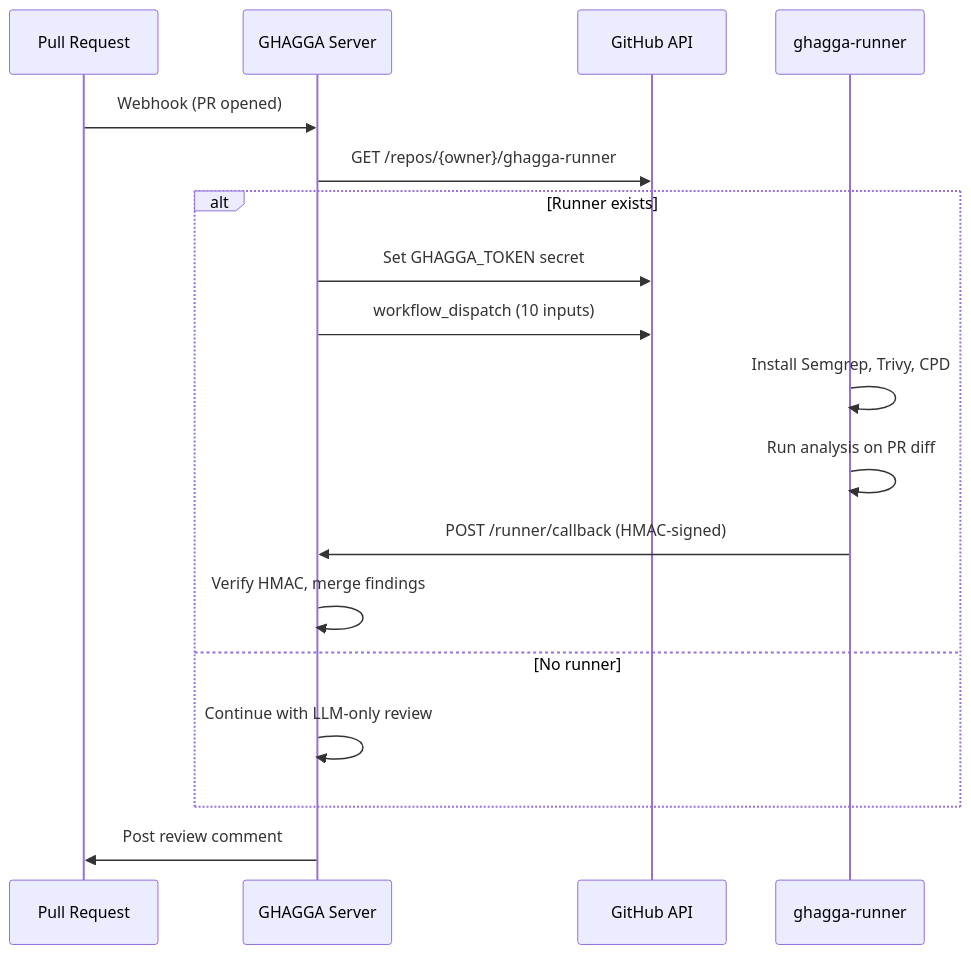
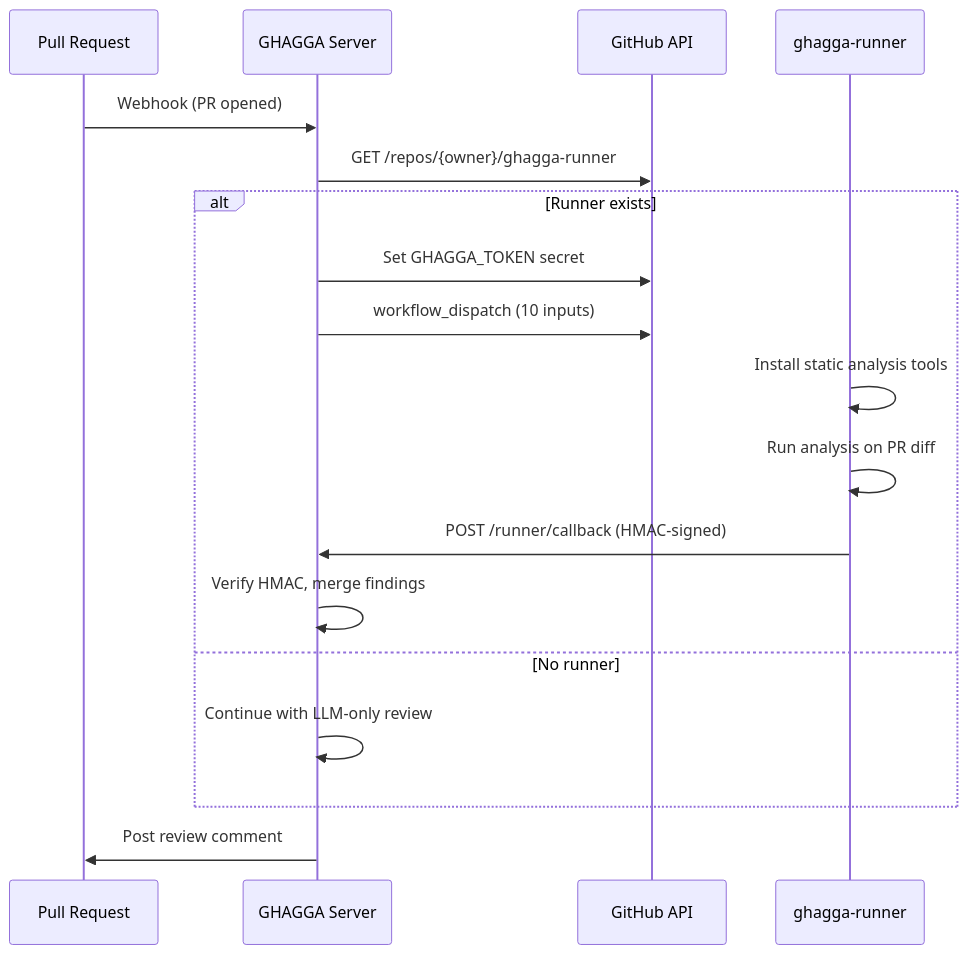
One commit to actions-marketplace-validations/JNZader_ghagga changed the diagram in docs/runner-architecture.md. Above: the diagram before and after it, drawn with Mermaid. The commit also changed other lines of this file and 9 other files, not shown here.

First line of the commit message:
docs: update all documentation for extensible static analysis (3→15 tools)

````diff
--- a/docs/runner-architecture.md
+++ b/docs/runner-architecture.md
@@ -33,21 +33,21 @@
 ```mermaid
 sequenceDiagram
     participant PR as Pull Request
     participant S as GHAGGA Server
     participant GH as GitHub API
     participant R as ghagga-runner
 
     PR->>S: Webhook (PR opened)
     S->>GH: GET /repos/{owner}/ghagga-runner
     alt Runner exists
         S->>GH: Set GHAGGA_TOKEN secret
         S->>GH: workflow_dispatch (10 inputs)
-        R->>R: Install Semgrep, Trivy, CPD
+        R->>R: Install static analysis tools
         R->>R: Run analysis on PR diff
         R->>S: POST /runner/callback (HMAC-signed)
         S->>S: Verify HMAC, merge findings
     else No runner
         S->>S: Continue with LLM-only review
     end
     S->>PR: Post review comment
 ```
````
